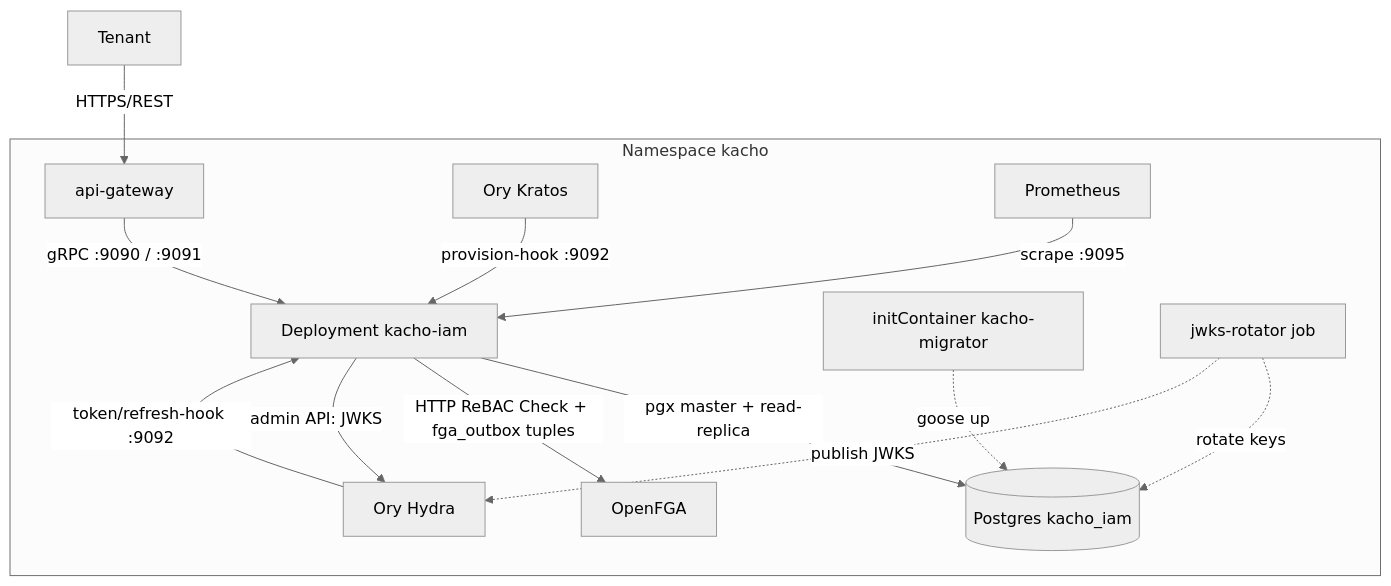
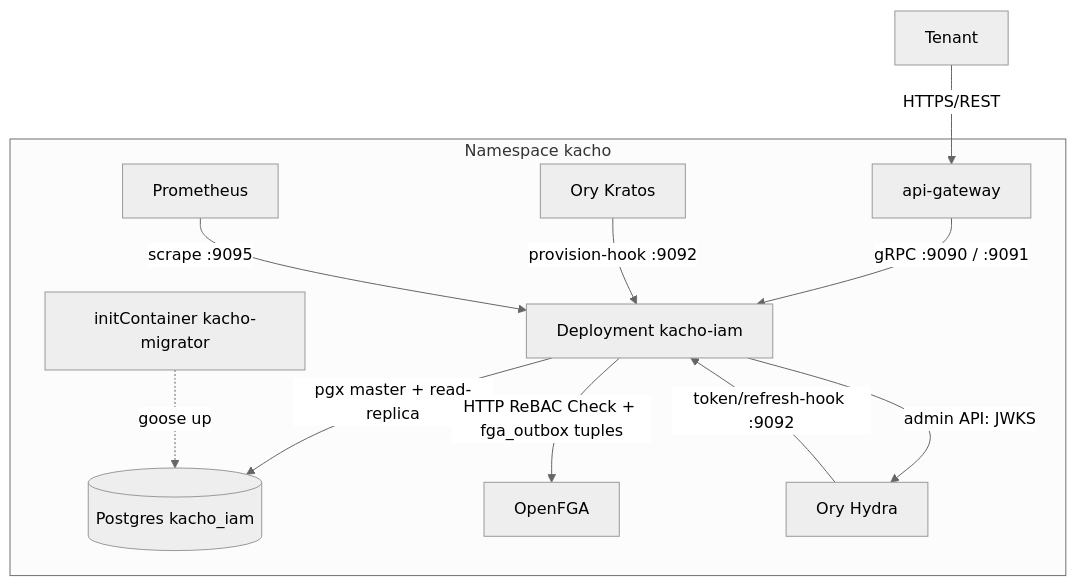
The first of 2 diagrams in services/iam/docs/components/31-deployment.md (PRO-Robotech/kacho), drawn with Mermaid (neutral theme) before and after one commit. The commit also changed other lines of this file and 28 other files, not shown here.

````diff
--- a/services/iam/docs/components/31-deployment.md
+++ b/services/iam/docs/components/31-deployment.md
@@ -67,16 +66,14 @@
 ```mermaid
 flowchart TB
     Tenant -- HTTPS/REST --> APIGW[api-gateway]
     subgraph KachoNS[Namespace kacho]
         APIGW -- gRPC :9090 / :9091 --> IAM[Deployment kacho-iam]
         IAM -- pgx master + read-replica --> PG[(Postgres kacho_iam)]
         IAM -- HTTP ReBAC Check + fga_outbox tuples --> FGA[OpenFGA]
         Kratos[Ory Kratos] -- provision-hook :9092 --> IAM
         Hydra[Ory Hydra] -- token/refresh-hook :9092 --> IAM
         IAM -- admin API: JWKS --> Hydra
         Migrate[initContainer kacho-migrator] -. goose up .-> PG
-        JWKS[jwks-rotator job] -. rotate keys .-> PG
-        JWKS -. publish JWKS .-> Hydra
         Prom[Prometheus] -- scrape :9095 --> IAM
     end
 ```
````
